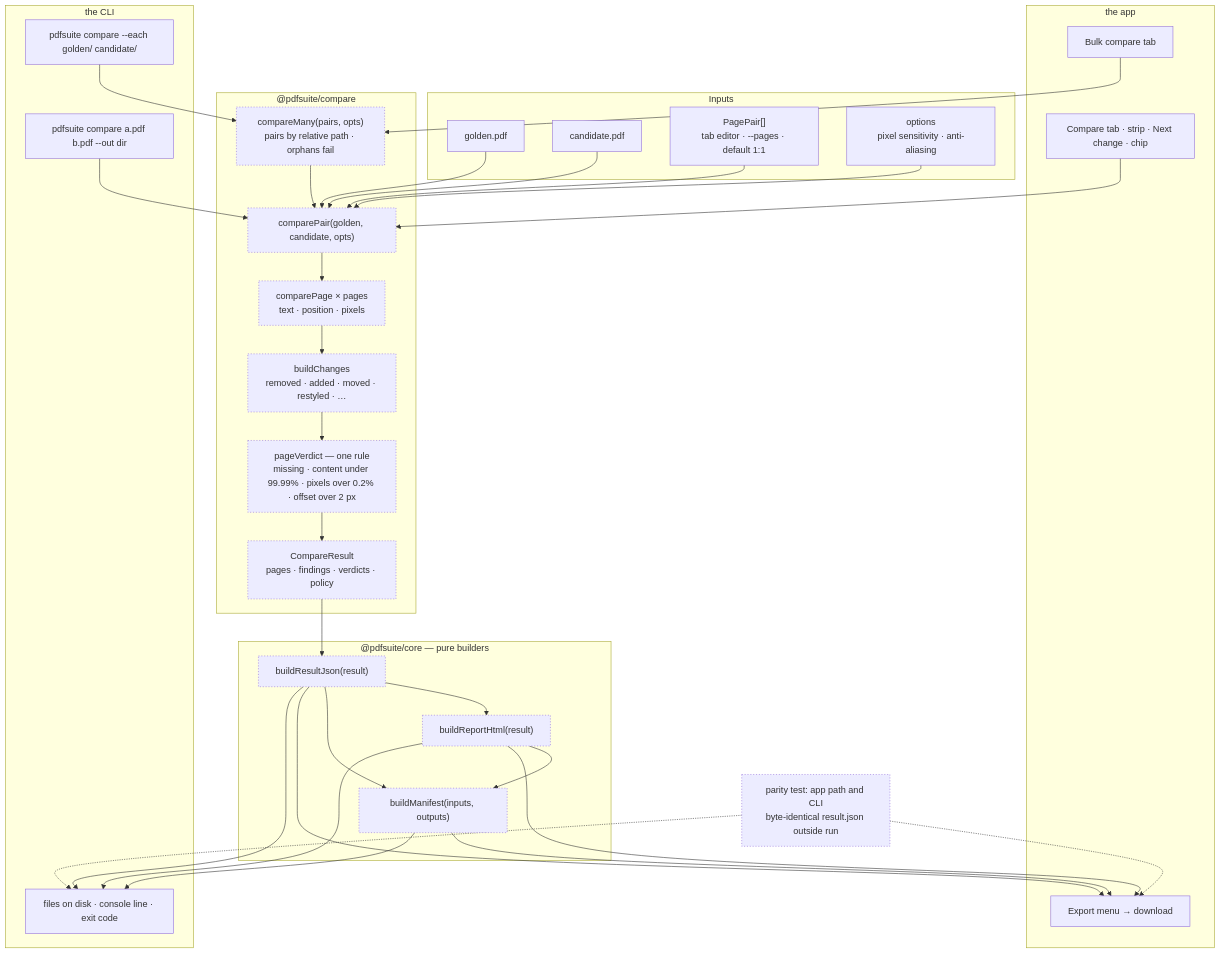
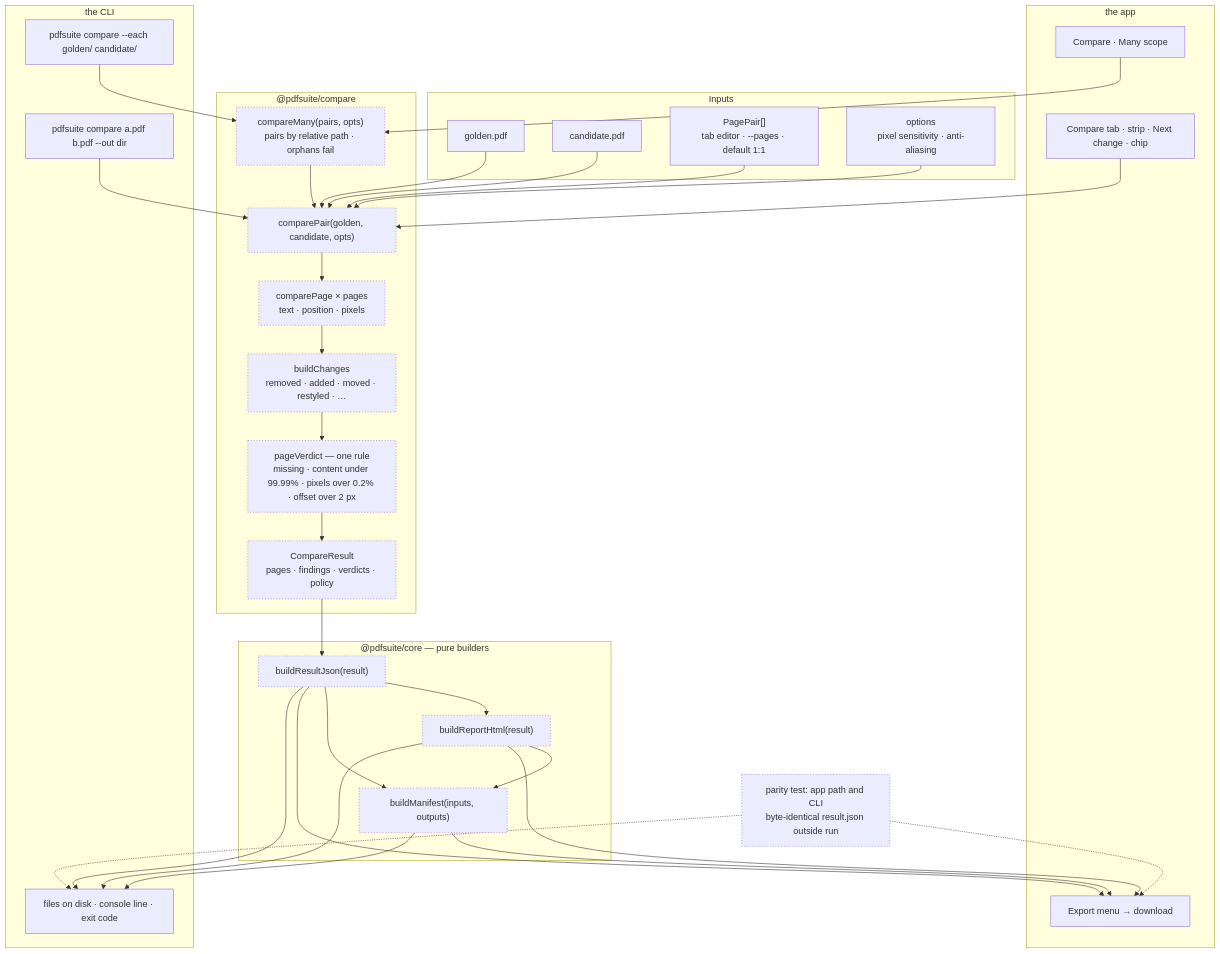
Diagram 20 of 26 in docs/ARCHITECTURE.md (sid4861/pdf-testing-suite), drawn with Mermaid before and after one commit. The commit also changed other lines of this file and 68 other files, not shown here.

````diff
--- a/docs/ARCHITECTURE.md
+++ b/docs/ARCHITECTURE.md
@@ -826,45 +838,45 @@
 ```mermaid
 flowchart TB
   classDef plan stroke-dasharray: 2 3
   subgraph IN["Inputs"]
     G["golden.pdf"]
     C["candidate.pdf"]
     PP["PagePair[]<br/>tab editor · --pages · default 1:1"]
     OPT["options<br/>pixel sensitivity · anti-aliasing"]
   end
   subgraph CORE["@pdfsuite/compare"]
     CP["comparePair(golden, candidate, opts)"]
     CM["compareMany(pairs, opts)<br/>pairs by relative path · orphans fail"]
     PG["comparePage × pages<br/>text · position · pixels"]
     BC["buildChanges<br/>removed · added · moved · restyled · …"]
     PV["pageVerdict — one rule<br/>missing · content under 99.99% · pixels over 0.2% · offset over 2 px"]
     RES["CompareResult<br/>pages · findings · verdicts · policy"]
     CM --> CP
     CP --> PG --> BC --> PV --> RES
   end
   subgraph BLD["@pdfsuite/core — pure builders"]
     J["buildResultJson(result)"]
     H["buildReportHtml(result)"]
     M["buildManifest(inputs, outputs)"]
   end
   G & C & PP & OPT --> CP
   RES --> J --> H
   J & H --> M
   subgraph APP["the app"]
     T1["Compare tab · strip · Next change · chip"]
-    T2["Bulk compare tab"]
+    T2["Compare · Many scope"]
     DL["Export menu → download"]
   end
   subgraph CLIX["the CLI"]
     C1["pdfsuite compare a.pdf b.pdf --out dir"]
     C2["pdfsuite compare --each golden/ candidate/"]
     FS["files on disk · console line · exit code"]
   end
   T1 --> CP
   T2 --> CM
   C1 --> CP
   C2 --> CM
   J & H & M --> DL & FS
   PAR["parity test: app path and CLI<br/>byte-identical result.json outside run"] -.-> DL & FS
   class CP,CM,PG,BC,PV,RES,J,H,M,PAR plan
 ```
````
